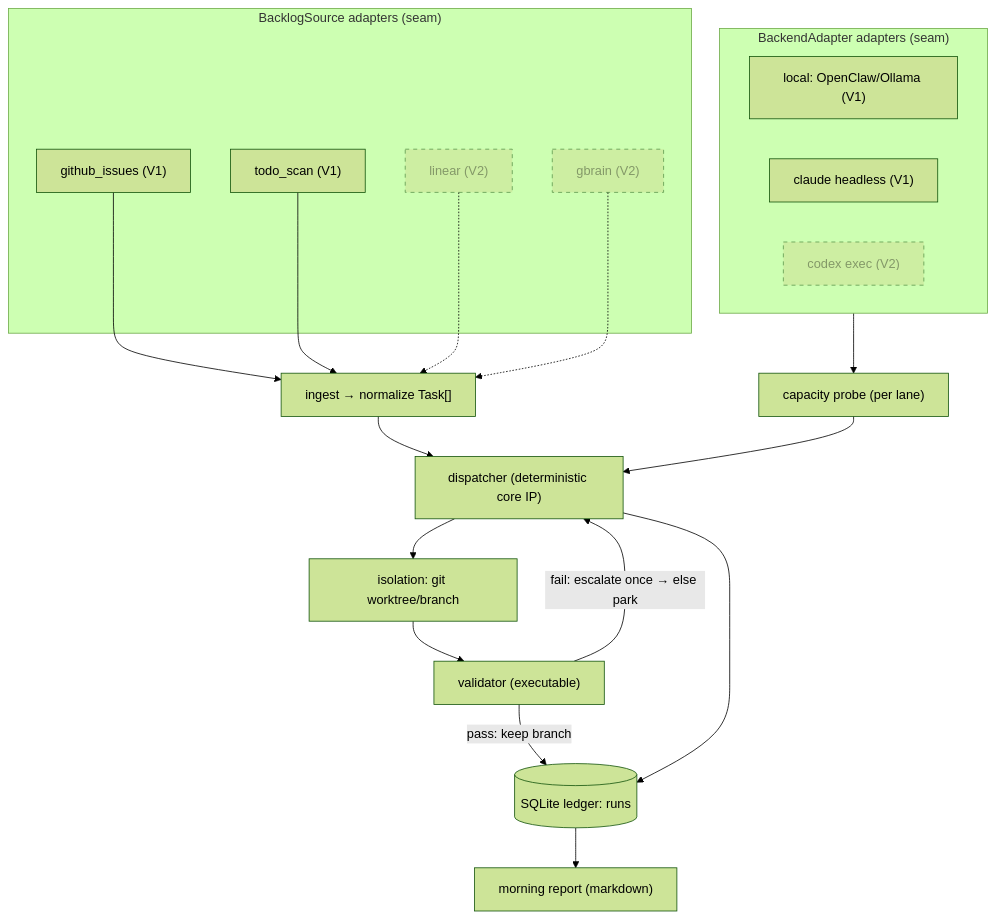
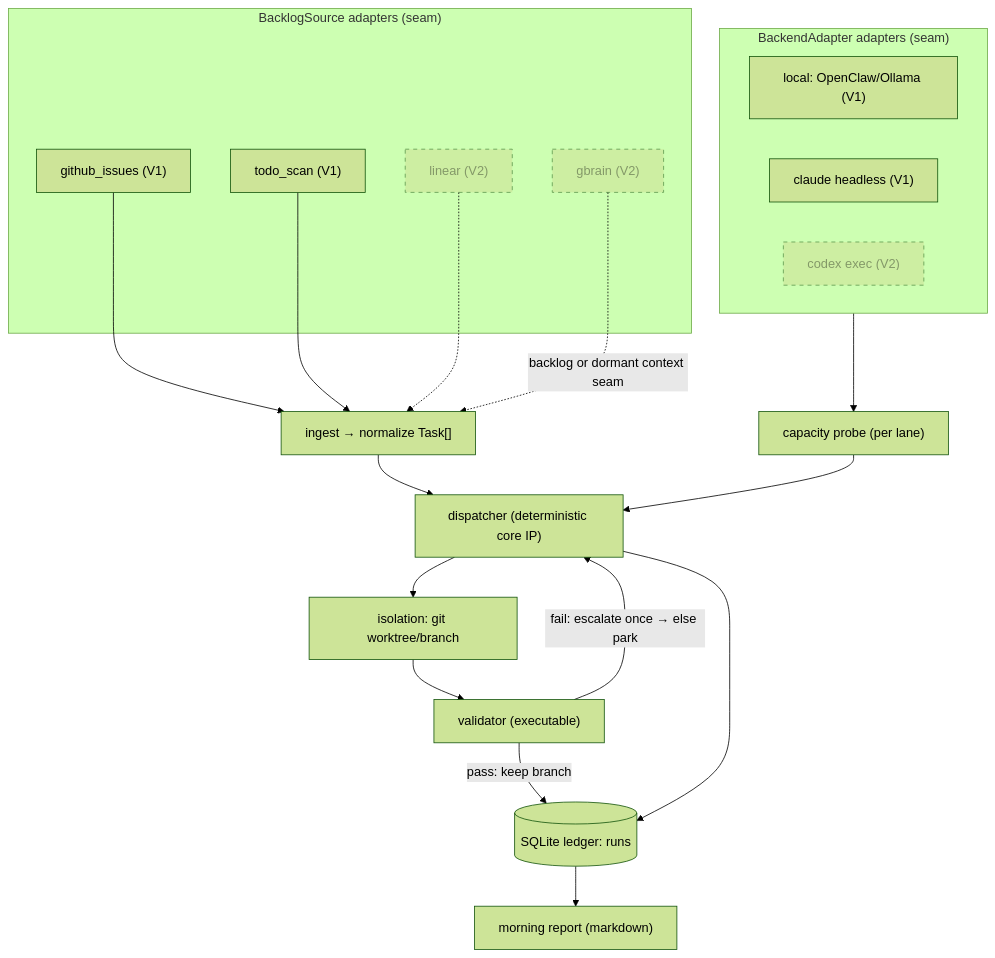
One commit to phdev/Nightsweeper changed the first of 4 diagrams in docs/plans/2026-06-15-001-feat-nightsweeper-overnight-scheduler-plan.md. Above: the diagram before and after it, drawn with Mermaid (forest theme). The commit also changed other lines of this file, not shown here.

````diff
--- a/docs/plans/2026-06-15-001-feat-nightsweeper-overnight-scheduler-plan.md
+++ b/docs/plans/2026-06-15-001-feat-nightsweeper-overnight-scheduler-plan.md
@@ -66,33 +66,33 @@
 ```mermaid
 flowchart TB
   subgraph Sources["BacklogSource adapters (seam)"]
     GH["github_issues (V1)"]
     TODO["todo_scan (V1)"]
     LIN["linear (V2)"]:::v2
     GB["gbrain (V2)"]:::v2
   end
   subgraph Backends["BackendAdapter adapters (seam)"]
     LOC["local: OpenClaw/Ollama (V1)"]
     CLA["claude headless (V1)"]
     COD["codex exec (V2)"]:::v2
   end
   ING["ingest → normalize Task[]"]
   CAP["capacity probe (per lane)"]
   DISP["dispatcher (deterministic core IP)"]
   ISO["isolation: git worktree/branch"]
   VAL["validator (executable)"]
   LED[("SQLite ledger: runs")]
   REP["morning report (markdown)"]
 
   GH --> ING
   TODO --> ING
   LIN -.-> ING
-  GB -.-> ING
+  GB -.->|backlog or dormant context seam| ING
   ING --> DISP
   Backends --> CAP --> DISP
   DISP --> ISO --> VAL
   VAL -->|pass: keep branch| LED
   VAL -->|fail: escalate once → else park| DISP
   DISP --> LED --> REP
   classDef v2 stroke-dasharray: 5 5,opacity:0.6;
 ```
````
